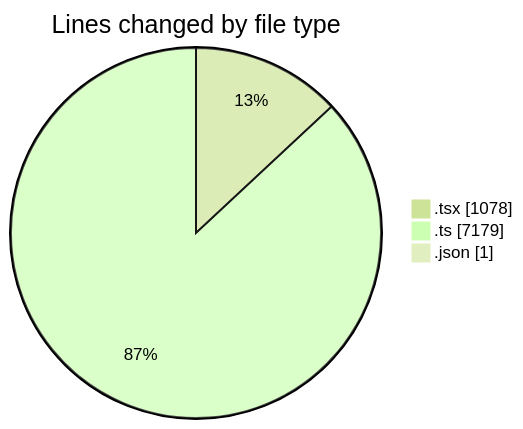
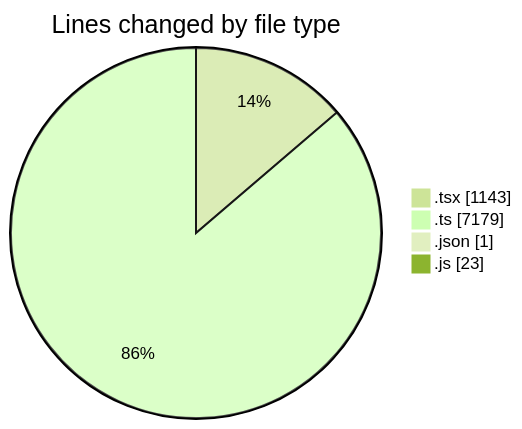
Before and after one commit to momahboobian/code-tracking: the first of 2 diagrams in 2026-09-17/cda/README.md, drawn with Mermaid (forest theme). The commit also changed other lines of this file and 1 other file, not shown here.

````diff
--- a/2026-09-17/cda/README.md
+++ b/2026-09-17/cda/README.md
@@ -39,7 +40,8 @@
 ```mermaid
 pie showData
 title Lines changed by file type
-".tsx" : 1078
+".tsx" : 1143
 ".ts" : 7179
 ".json" : 1
+".js" : 23
 ```
````
